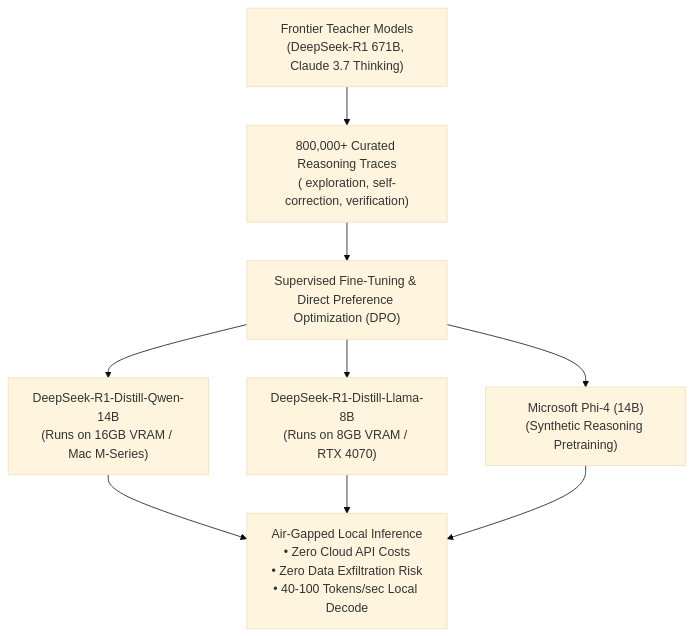
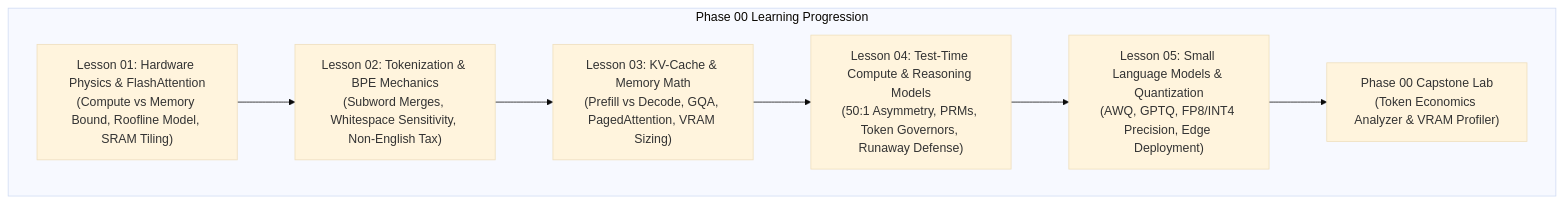
The diagram in 00-foundations-and-token-mechanics/README.md (dip4k/senior-engineer-to-ai-engineer-roadmap), drawn with Mermaid (base theme) before and after one commit. The commit also changed other lines of this file and 20 other files, not shown here.

````diff
--- a/00-foundations-and-token-mechanics/README.md
+++ b/00-foundations-and-token-mechanics/README.md
@@ -676,11 +13,13 @@
 ```mermaid
 flowchart TD
-    Frontier["Frontier Teacher Models\n(DeepSeek-R1 671B, Claude 3.7 Thinking)"] --> CoTTraces["800,000+ Curated Reasoning Traces\n(<think> exploration, self-correction, verification)"]
-    CoTTraces --> Distillation["Supervised Fine-Tuning & Direct Preference Optimization (DPO)"]
-    
-    Distillation --> SLM1["DeepSeek-R1-Distill-Qwen-14B\n(Runs on 16GB VRAM / Mac M-Series)"]
-    Distillation --> SLM2["DeepSeek-R1-Distill-Llama-8B\n(Runs on 8GB VRAM / RTX 4070)"]
-    Distillation --> SLM3["Microsoft Phi-4 (14B)\n(Synthetic Reasoning Pretraining)"]
-    
-    SLM1 & SLM2 & SLM3 --> EdgeDeploy["Air-Gapped Local Inference\n• Zero Cloud API Costs\n• Zero Data Exfiltration Risk\n• 40-100 Tokens/sec Local Decode"]
+    subgraph Phase00Journey["Phase 00 Learning Progression"]
+        L1["Lesson 01: Hardware Physics & FlashAttention\n(Compute vs Memory Bound, Roofline Model, SRAM Tiling)"]
+        L2["Lesson 02: Tokenization & BPE Mechanics\n(Subword Merges, Whitespace Sensitivity, Non-English Tax)"]
+        L3["Lesson 03: KV-Cache & Memory Math\n(Prefill vs Decode, GQA, PagedAttention, VRAM Sizing)"]
+        L4["Lesson 04: Test-Time Compute & Reasoning Models\n(50:1 Asymmetry, PRMs, Token Governors, Runaway Defense)"]
+        L5["Lesson 05: Small Language Models & Quantization\n(AWQ, GPTQ, FP8/INT4 Precision, Edge Deployment)"]
+        Cap["Phase 00 Capstone Lab\n(Token Economics Analyzer & VRAM Profiler)"]
+    end
+
+    L1 --> L2 --> L3 --> L4 --> L5 --> Cap
 ```
````
